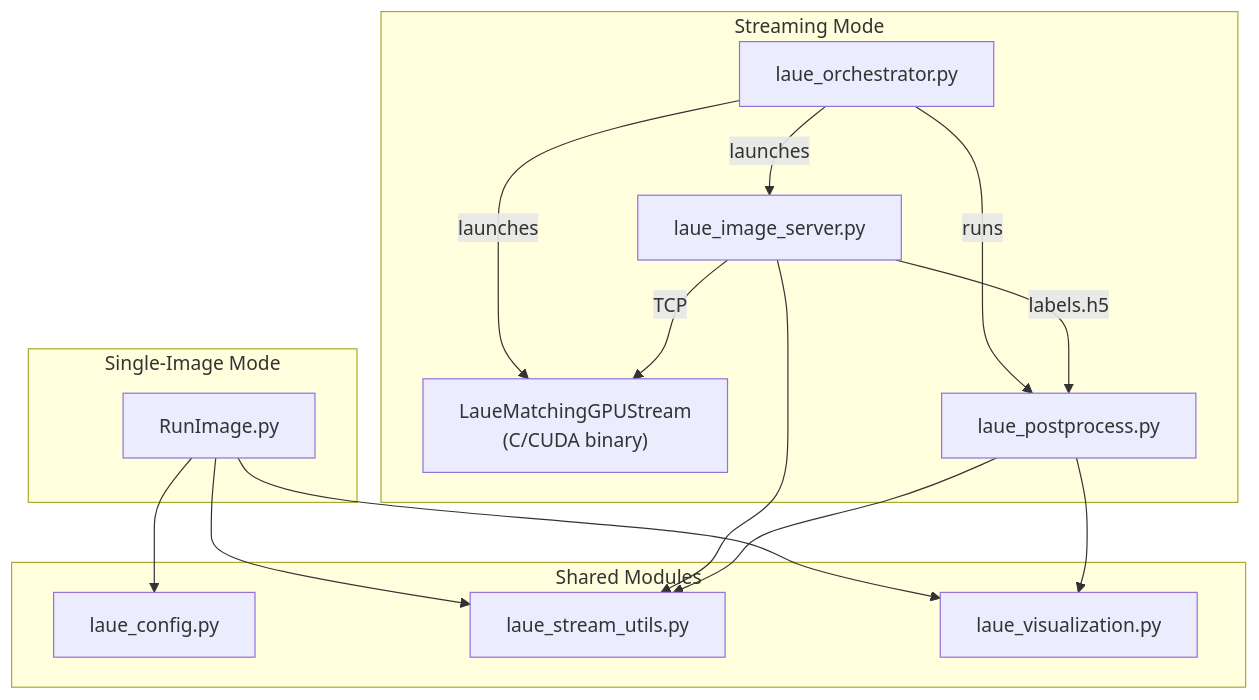
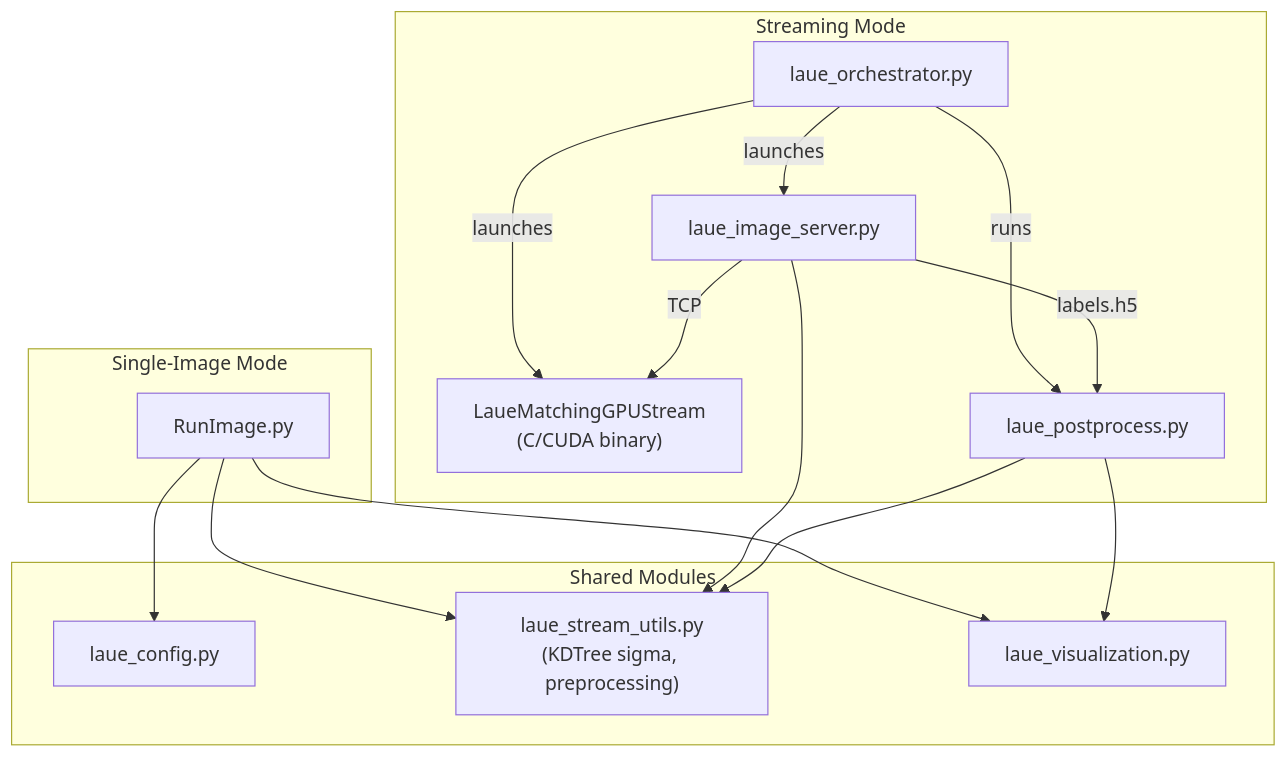
One commit to AdvancedPhotonSource/LaueMatching changed the first of 2 diagrams in scripts/README.md. Above: the diagram before and after it, drawn with Mermaid. The commit also changed other lines of this file and 1 other file, not shown here.

````diff
--- a/scripts/README.md
+++ b/scripts/README.md
@@ -28,31 +28,31 @@
 ```mermaid
 graph TD
     subgraph "Single-Image Mode"
         RunImage["RunImage.py"]
     end
 
     subgraph "Streaming Mode"
         Orch["laue_orchestrator.py"]
         Server["laue_image_server.py"]
         Daemon["LaueMatchingGPUStream<br/>(C/CUDA binary)"]
         Post["laue_postprocess.py"]
         Orch -->|launches| Daemon
         Orch -->|launches| Server
         Orch -->|runs| Post
         Server -->|TCP| Daemon
         Server -->|labels.h5| Post
     end
 
     subgraph "Shared Modules"
         Config["laue_config.py"]
-        Utils["laue_stream_utils.py"]
+        Utils["laue_stream_utils.py<br/>(KDTree sigma, preprocessing)"]
         Viz["laue_visualization.py"]
     end
 
     RunImage --> Config
     RunImage --> Utils
     RunImage --> Viz
     Server --> Utils
     Post --> Utils
     Post --> Viz
 ```
````
